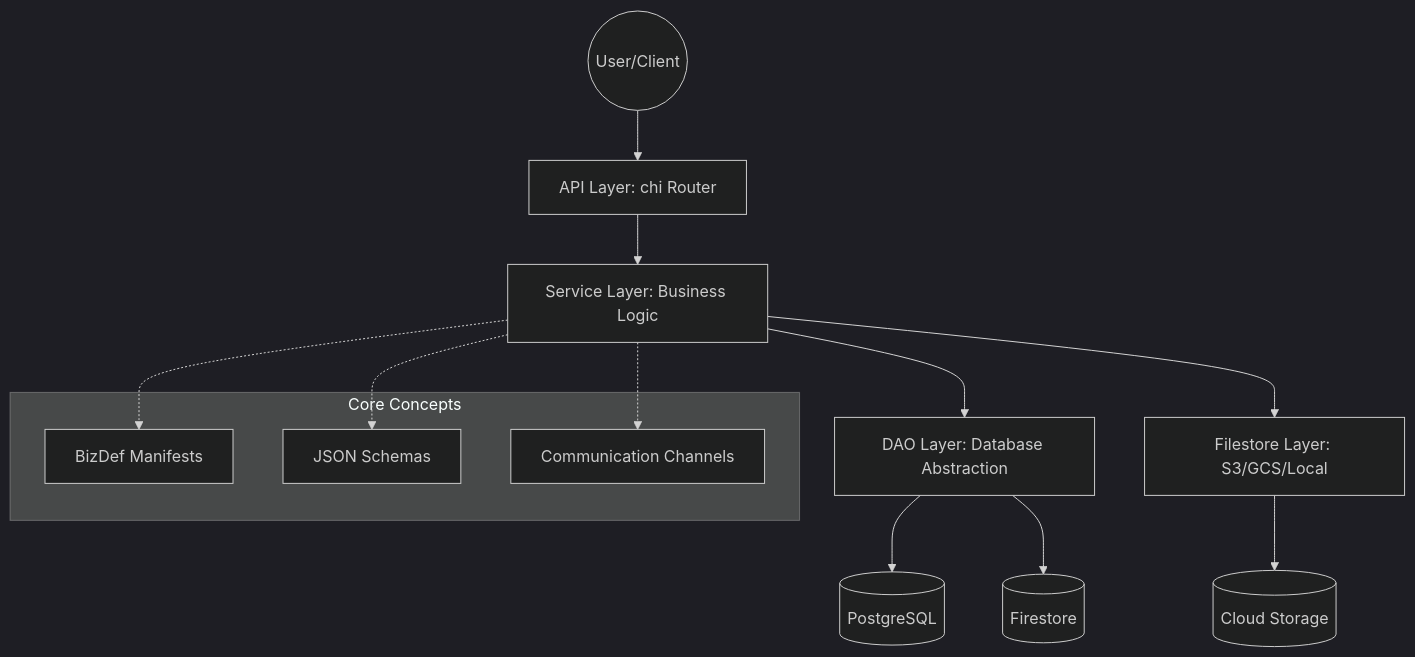
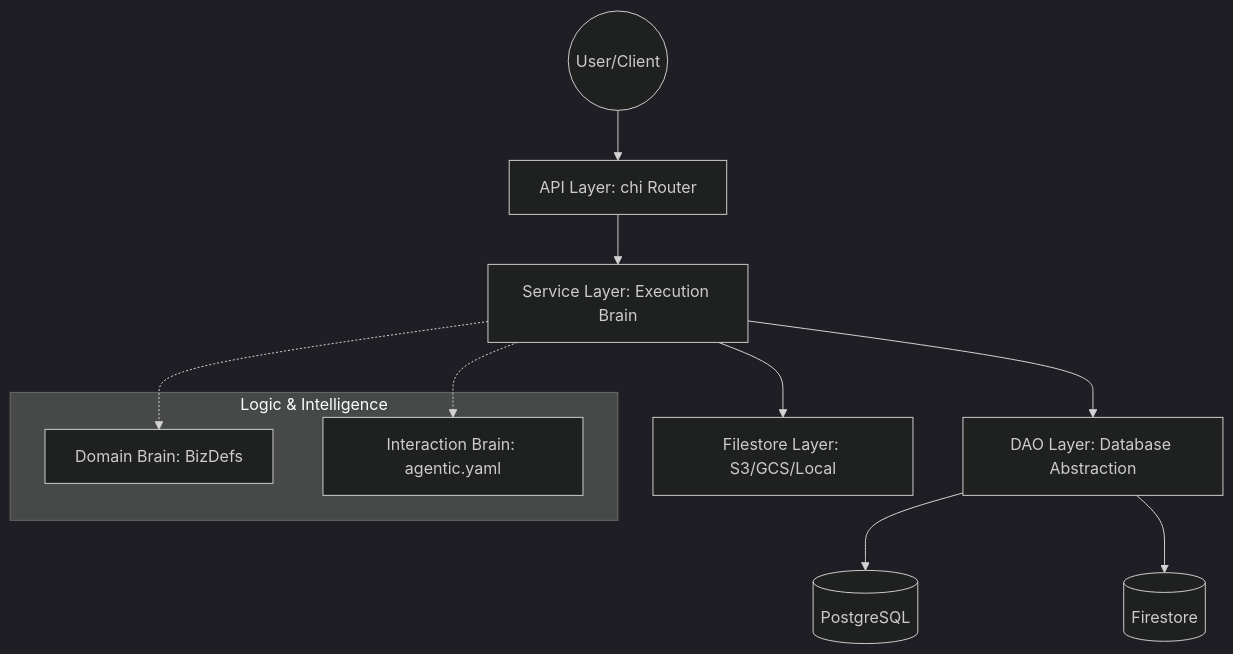
Before and after one commit to innomon/aigen-app: the first of 2 diagrams in ARCHITECTURE.md, drawn with Mermaid (dark theme). The commit also changed other lines of this file and 3 other files, not shown here.

````diff
--- a/ARCHITECTURE.md
+++ b/ARCHITECTURE.md
@@ -50,20 +77,17 @@
 ```mermaid
 graph TD
     User((User/Client)) --> API[API Layer: chi Router]
-    API --> Service[Service Layer: Business Logic]
+    API --> Service[Service Layer: Execution Brain]
     Service --> DAO[DAO Layer: Database Abstraction]
     Service --> Filestore[Filestore Layer: S3/GCS/Local]
     DAO --> Postgres[(PostgreSQL)]
     DAO --> Firestore[(Firestore)]
-    Filestore --> Cloud[(Cloud Storage)]
     
-    subgraph Core Concepts
-        BizDef[BizDef Manifests]
-        Schema[JSON Schemas]
-        Channel[Communication Channels]
+    subgraph Logic & Intelligence
+        BizDef[Domain Brain: BizDefs]
+        Agentic[Interaction Brain: agentic.yaml]
     end
     
     Service -.-> BizDef
-    Service -.-> Schema
-    Service -.-> Channel
+    Service -.-> Agentic
 ```
````
